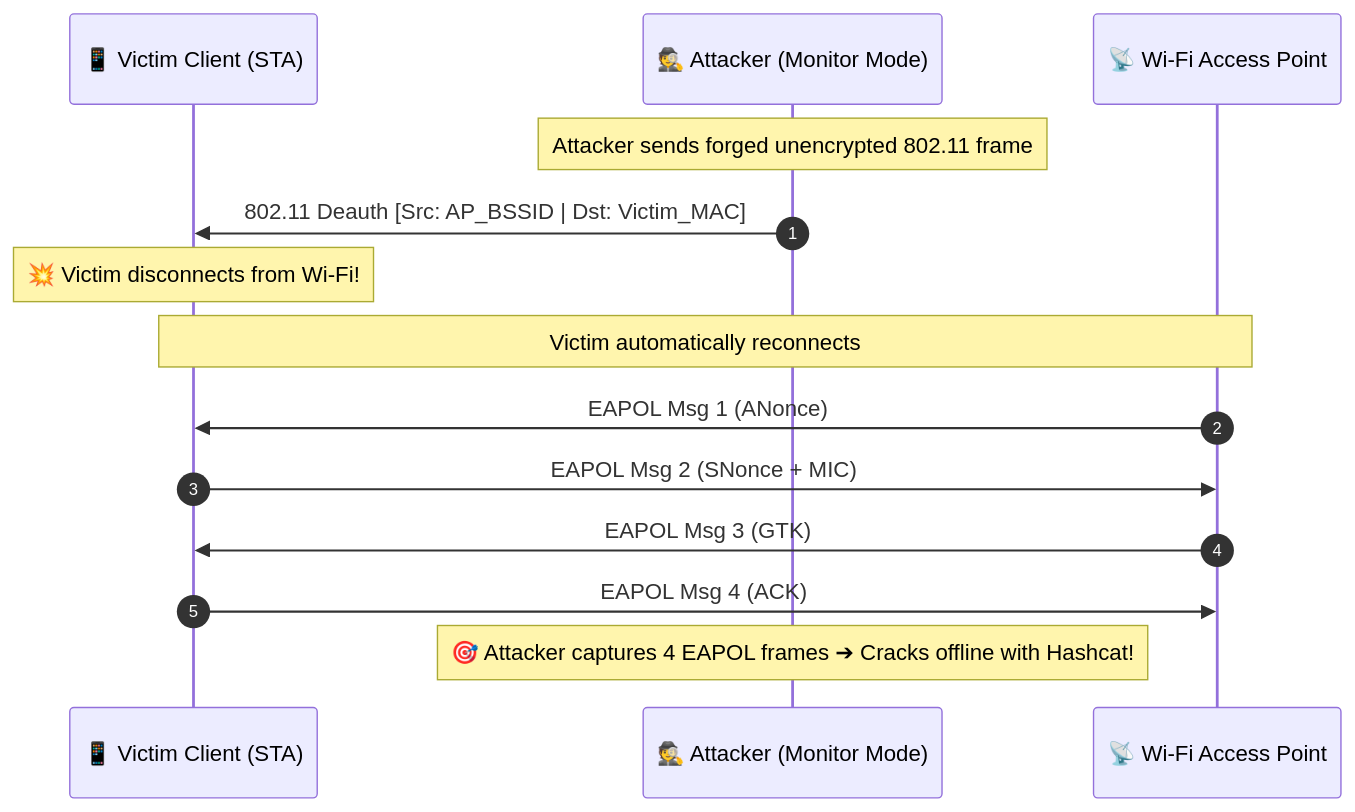
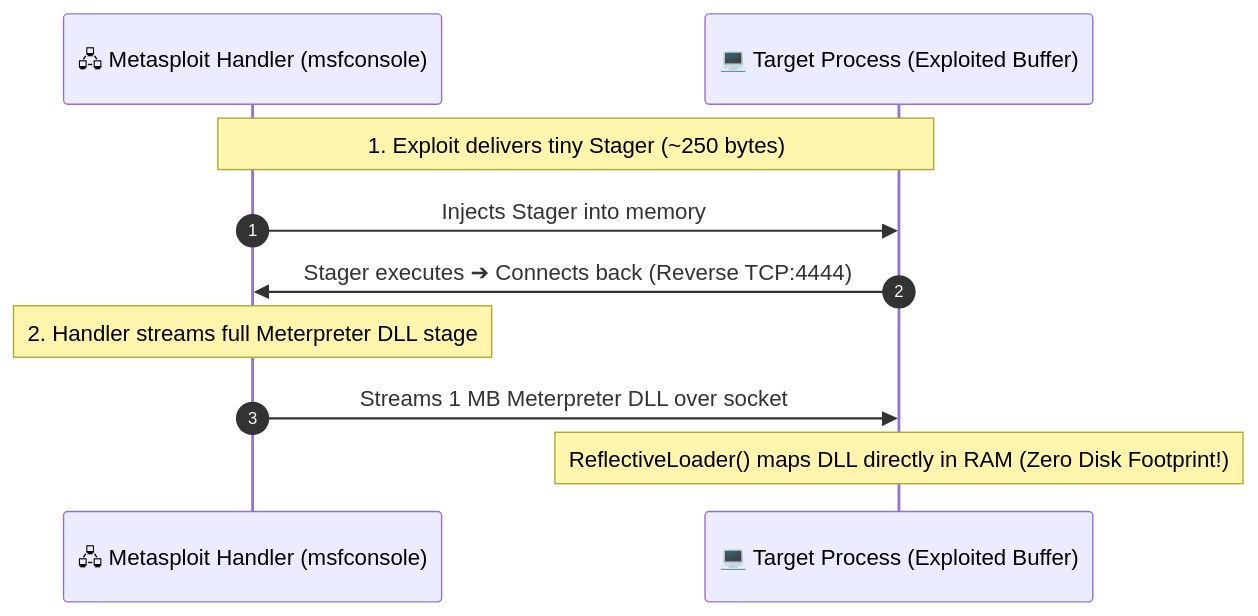
Before and after one commit to DaddyZyn/Cyber-security-notes: the first of 2 diagrams in README.md, drawn with Mermaid. The commit also changed other lines of this file and 1 other file, not shown here.

Commit message:
feat: add module 13 (penetration testing tool internals: Wireshark/Npcap, Nmap raw sockets, Metasploit reflective DLL injection, Burp CA proxies & Hashcat CUDA pipelines)

````diff
--- a/README.md
+++ b/README.md
@@ -52,17 +53,13 @@
 ```mermaid
 sequenceDiagram
     autonumber
-    participant Victim as 📱 Victim Client (STA)
-    participant Attacker as 🕵️ Attacker (Monitor Mode)
-    participant AP as 📡 Wi-Fi Access Point
+    participant Attacker as 🖧 Metasploit Handler (msfconsole)
+    participant Target as 💻 Target Process (Exploited Buffer)
 
-    Note over Attacker: Attacker sends forged unencrypted 802.11 frame
-    Attacker->>Victim: 802.11 Deauth [Src: AP_BSSID | Dst: Victim_MAC]
-    Note over Victim: 💥 Victim disconnects from Wi-Fi!
-    Note over Victim,AP: Victim automatically reconnects
-    AP->>Victim: EAPOL Msg 1 (ANonce)
-    Victim->>AP: EAPOL Msg 2 (SNonce + MIC)
-    AP->>Victim: EAPOL Msg 3 (GTK)
-    Victim->>AP: EAPOL Msg 4 (ACK)
-    Note over Attacker: 🎯 Attacker captures 4 EAPOL frames ➔ Cracks offline with Hashcat!
+    Note over Attacker,Target: 1. Exploit delivers tiny Stager (~250 bytes)
+    Attacker->>Target: Injects Stager into memory
+    Target->>Attacker: Stager executes ➔ Connects back (Reverse TCP:4444)
+    Note over Attacker: 2. Handler streams full Meterpreter DLL stage
+    Attacker->>Target: Streams 1 MB Meterpreter DLL over socket
+    Note over Target: ReflectiveLoader() maps DLL directly in RAM (Zero Disk Footprint!)
 ```
````
